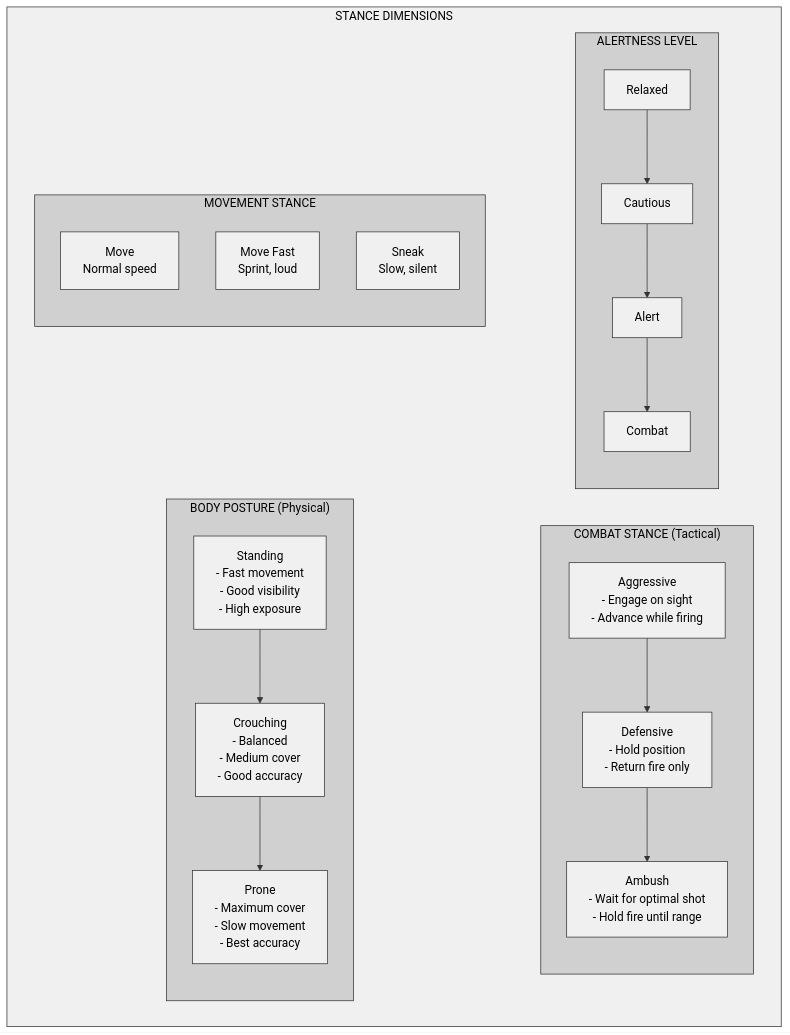
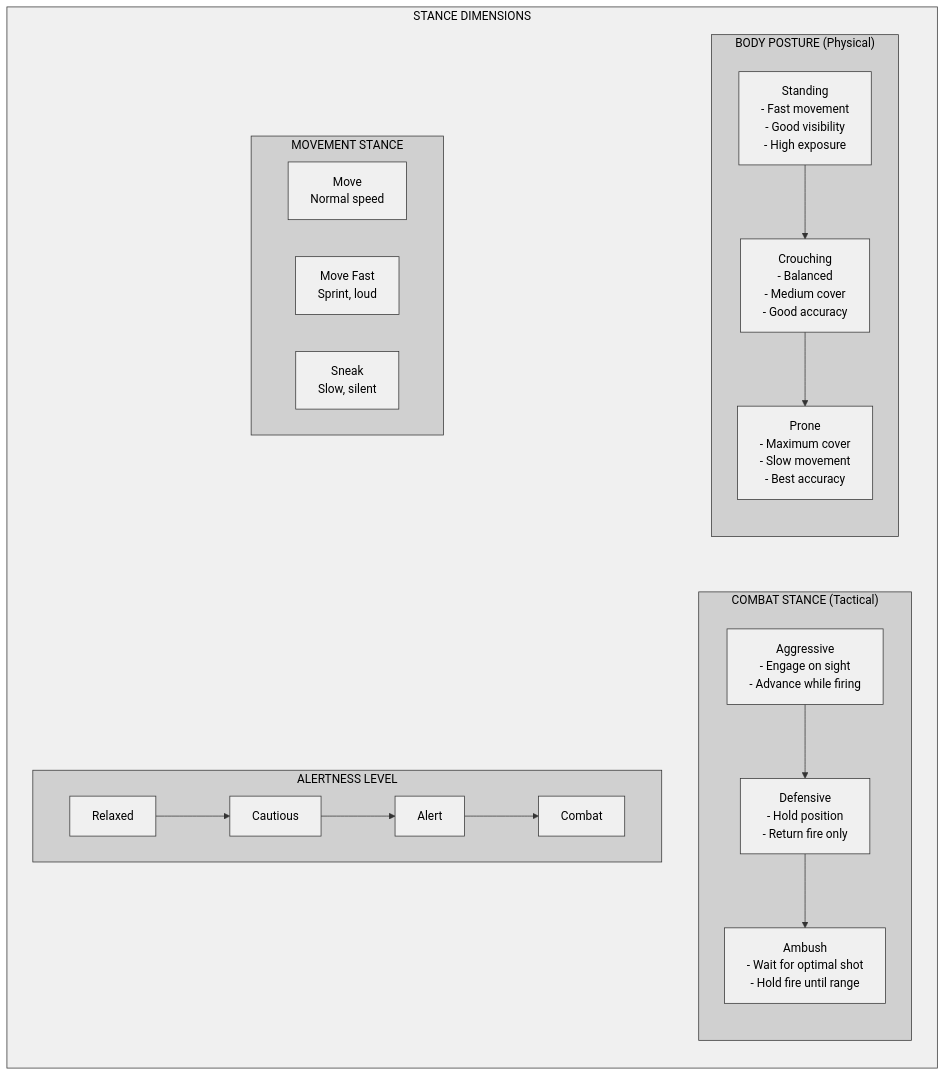
Before and after one commit to jukofyork/close-combat-architecture-study: the fourth of 5 diagrams in chapter_06_orders_ai.md, drawn with Mermaid. The commit also changed other lines of this file and 7 other files, not shown here.

````diff
--- a/chapter_06_orders_ai.md
+++ b/chapter_06_orders_ai.md
@@ -463,44 +472,48 @@
 ```mermaid
 flowchart TB
     subgraph Stance["STANCE DIMENSIONS"]
+        direction TB
+        
         subgraph BodyPosture["BODY POSTURE (Physical)"]
+            direction TB
             standing["Standing<br/>- Fast movement<br/>- Good visibility<br/>- High exposure"]
             crouching["Crouching<br/>- Balanced<br/>- Medium cover<br/>- Good accuracy"]
             prone["Prone<br/>- Maximum cover<br/>- Slow movement<br/>- Best accuracy"]
             standing --> crouching --> prone
         end
         
         subgraph CombatStance["COMBAT STANCE (Tactical)"]
+            direction TB
             aggressive["Aggressive<br/>- Engage on sight<br/>- Advance while firing"]
             defensive["Defensive<br/>- Hold position<br/>- Return fire only"]
             ambush["Ambush<br/>- Wait for optimal shot<br/>- Hold fire until range"]
             aggressive --> defensive --> ambush
         end
         
         subgraph Movement["MOVEMENT STANCE"]
             move["Move<br/>Normal speed"]
             fast["Move Fast<br/>Sprint, loud"]
             sneak["Sneak<br/>Slow, silent"]
         end
         
         subgraph Alertness["ALERTNESS LEVEL"]
             relaxed["Relaxed"]
             cautious["Cautious"]
             alert["Alert"]
             combat["Combat"]
             relaxed --> cautious --> alert --> combat
         end
         
         BodyPosture ~~~ CombatStance
         Movement ~~~ Alertness
     end
     
     classDef default fill:#fff,stroke:#000,stroke-width:1px,color:#000
     classDef light fill:#f0f0f0,stroke:#333,stroke-width:1px,color:#000
     classDef medium fill:#d0d0d0,stroke:#333,stroke-width:1px,color:#000
     classDef dark fill:#b0b0b0,stroke:#000,stroke-width:2px,color:#000
     
     class Stance light
     class BodyPosture,CombatStance,Movement,Alertness medium
     class standing,crouching,prone,aggressive,defensive,ambush,move,fast,sneak,relaxed,cautious,alert,combat light
 ```
````
